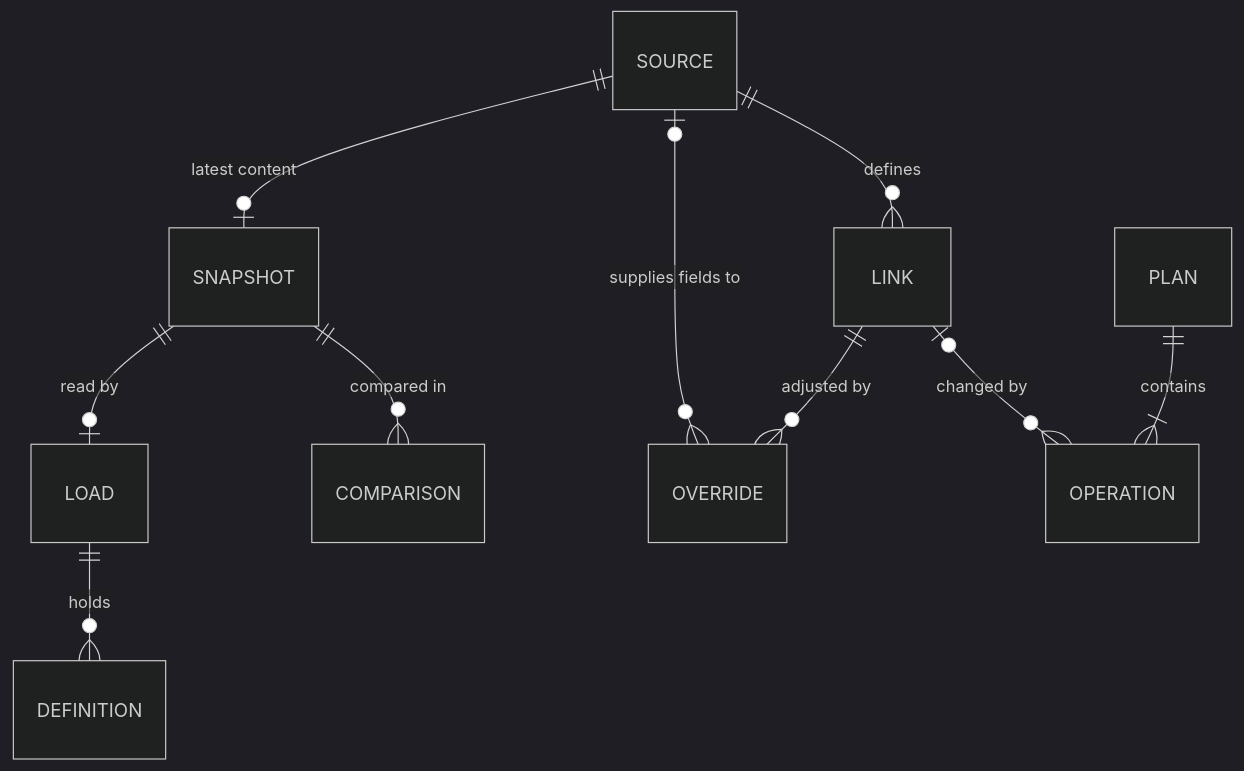
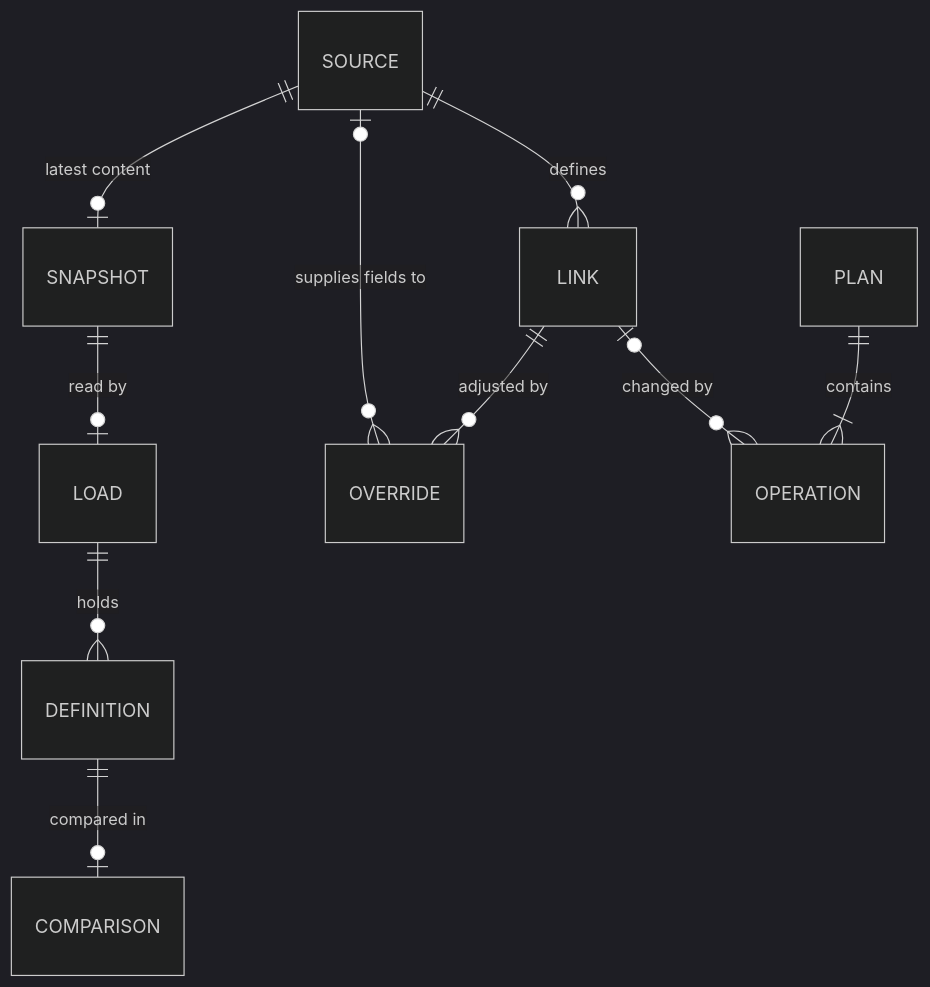
One commit to zeddD1abl0/netbox-trueup-ai changed the fifth of 10 diagrams in docs/architecture.md. Above: the diagram before and after it, drawn with Mermaid (dark theme). The commit also changed other lines of this file and 46 other files, not shown here.

````diff
--- a/docs/architecture.md
+++ b/docs/architecture.md
@@ -330,12 +332,12 @@
 ```mermaid
 erDiagram
     SOURCE ||--o| SNAPSHOT : "latest content"
     SNAPSHOT ||--o| LOAD : "read by"
     LOAD ||--o{ DEFINITION : "holds"
-    SNAPSHOT ||--o{ COMPARISON : "compared in"
+    DEFINITION ||--o| COMPARISON : "compared in"
     SOURCE ||--o{ LINK : "defines"
     LINK ||--o{ OVERRIDE : "adjusted by"
     SOURCE |o--o{ OVERRIDE : "supplies fields to"
     PLAN ||--|{ OPERATION : "contains"
     LINK |o--o{ OPERATION : "changed by"
 ```
````
